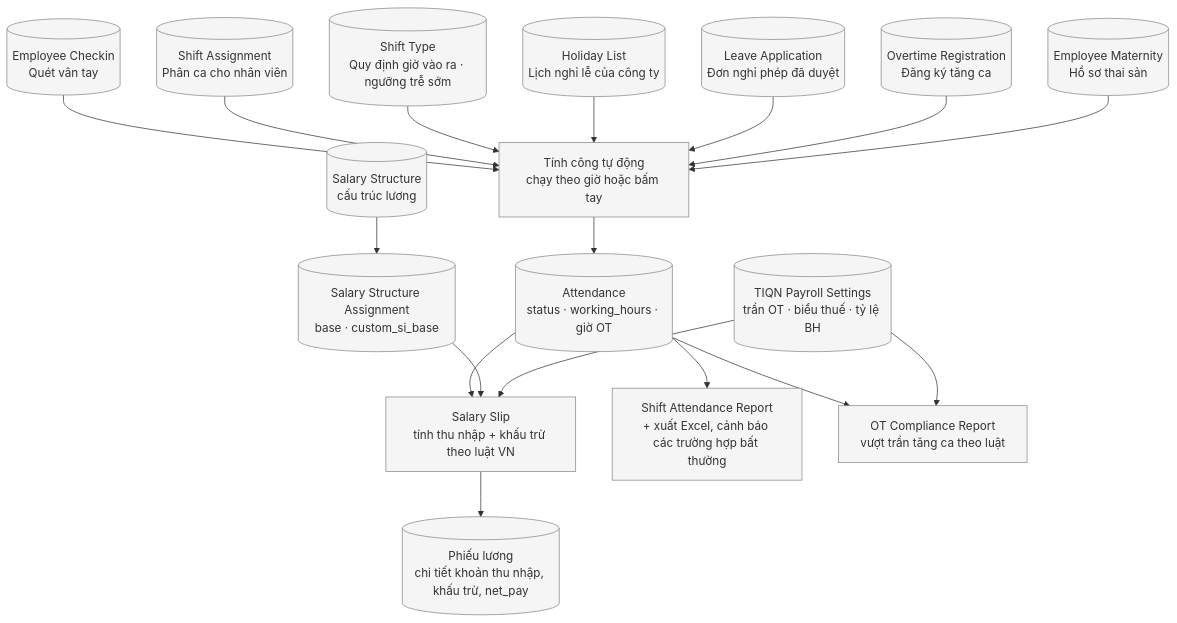
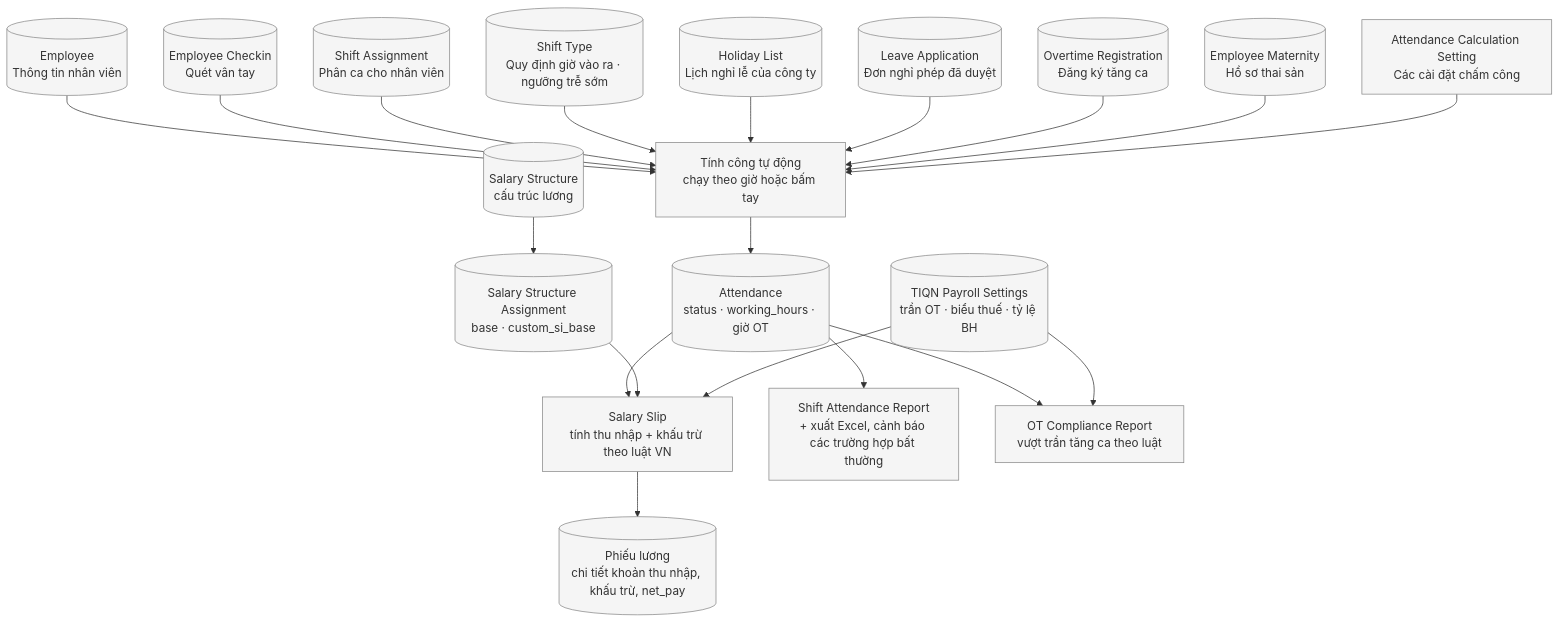
One commit to nguyenson-toray/customize_erpnext changed the first of 8 diagrams in customize_erpnext/docs/flowchart/payroll.md. Above: the diagram before and after it, drawn with Mermaid. The commit also changed other lines of this file and 6 other files, not shown here.

````diff
--- a/customize_erpnext/docs/flowchart/payroll.md
+++ b/customize_erpnext/docs/flowchart/payroll.md
@@ -22,23 +22,25 @@
 ```mermaid
 flowchart TD
     classDef default fill:#F5F5F5,stroke:#888888,color:#333333;
 
+    EM[(Employee<br/>Thông tin nhân viên)] --> ENG
     CK[(Employee Checkin<br/>Quét vân tay)] --> ENG[Tính công tự động<br/>chạy theo giờ hoặc bấm tay]
     SA[(Shift Assignment<br/>Phân ca cho nhân viên)] --> ENG
     ST[(Shift Type<br/>Quy định giờ vào ra · ngưỡng trễ sớm)] --> ENG
     HOL[(Holiday List<br/>Lịch nghỉ lễ của công ty)] --> ENG
     LA[(Leave Application<br/>Đơn nghỉ phép đã duyệt)] --> ENG
     OTR[(Overtime Registration<br/>Đăng ký tăng ca)] --> ENG
     MAT[(Employee Maternity<br/>Hồ sơ thai sản)] --> ENG
+    ACS[Attendance Calculation Setting<br/>Các cài đặt chấm công] --> ENG
     ENG --> ATT[(Attendance<br/>status · working_hours · giờ OT)]
 
     SS[(Salary Structure<br/>cấu trúc lương)] --> SSA[(Salary Structure Assignment<br/>base · custom_si_base)]
     ATT --> SLIP[Salary Slip<br/>tính thu nhập + khấu trừ theo luật VN]
     SSA --> SLIP
     SET[(TIQN Payroll Settings<br/>trần OT · biểu thuế · tỷ lệ BH)] --> SLIP
     SLIP --> PAY[(Phiếu lương<br/>chi tiết khoản thu nhập, khấu trừ, net_pay)]
 
     ATT --> RPT[Shift Attendance Report<br/>+ xuất Excel, cảnh báo các trường hợp bất thường]
     ATT --> OTC[OT Compliance Report<br/>vượt trần tăng ca theo luật]
     SET --> OTC
 ```
````
